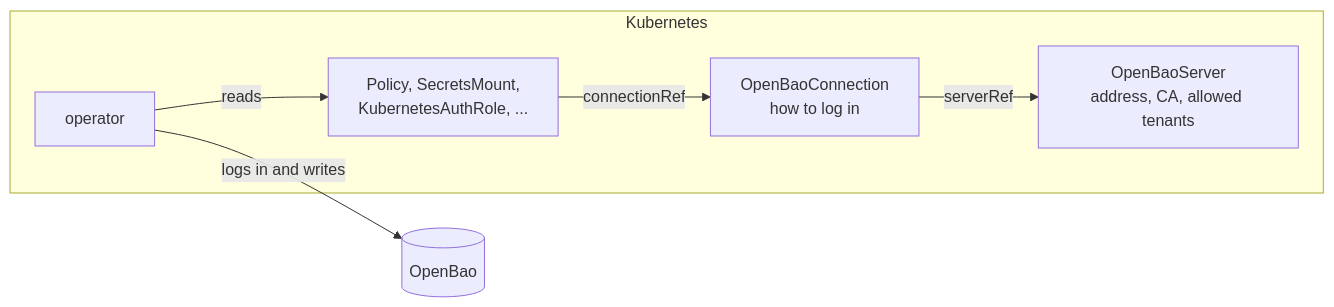
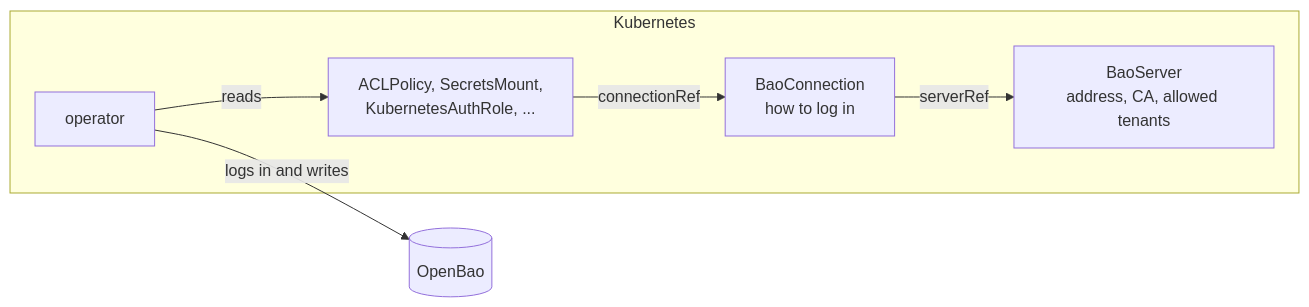
The diagram in docs/get-started/index.md (alexandrust88/openbao-config-operator), drawn with Mermaid before and after one commit. The commit also changed other lines of this file and 1591 other files, not shown here.

````diff
--- a/docs/get-started/index.md
+++ b/docs/get-started/index.md
@@ -38,14 +38,14 @@
 ```mermaid
 flowchart LR
   subgraph k8s[Kubernetes]
-    server[OpenBaoServer<br/>address, CA, allowed tenants]
-    conn[OpenBaoConnection<br/>how to log in]
-    res[Policy, SecretsMount,<br/>KubernetesAuthRole, ...]
+    server[BaoServer<br/>address, CA, allowed tenants]
+    conn[BaoConnection<br/>how to log in]
+    res[ACLPolicy, SecretsMount,<br/>KubernetesAuthRole, ...]
     op[operator]
   end
   bao[(OpenBao)]
   res -- connectionRef --> conn
   conn -- serverRef --> server
   op -- reads --> res
   op -- logs in and writes --> bao
 ```
````
